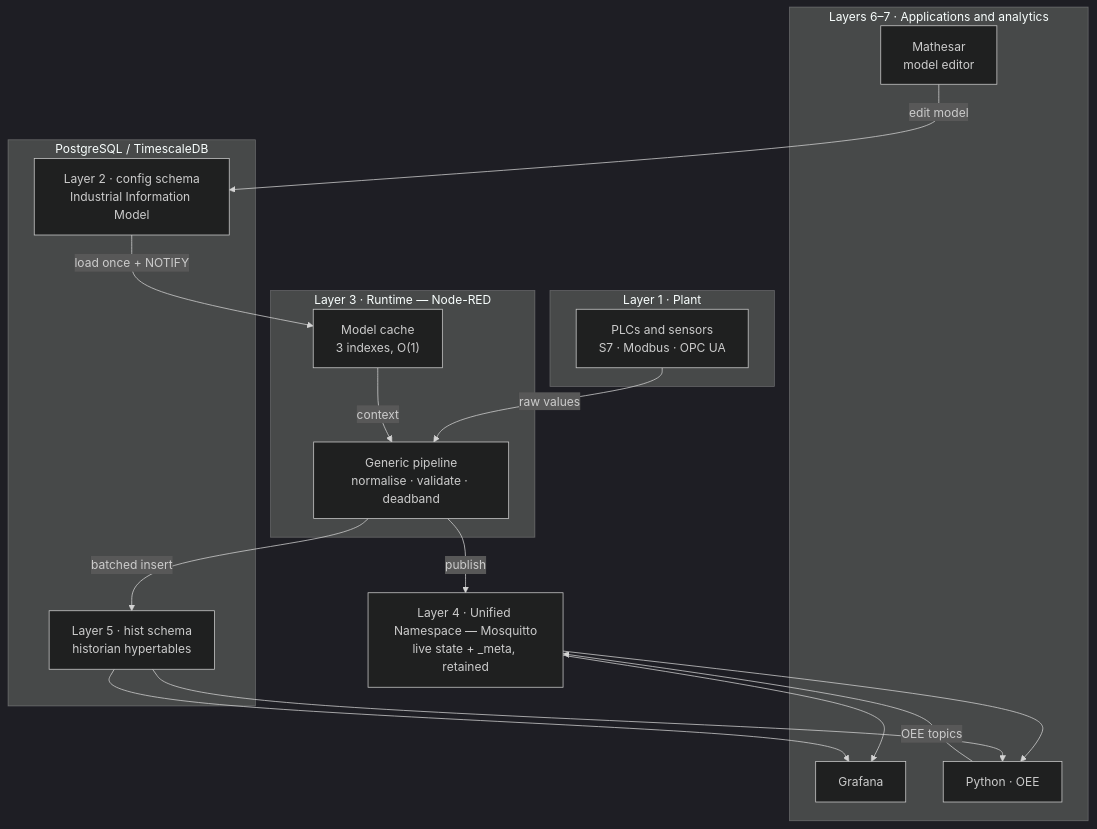
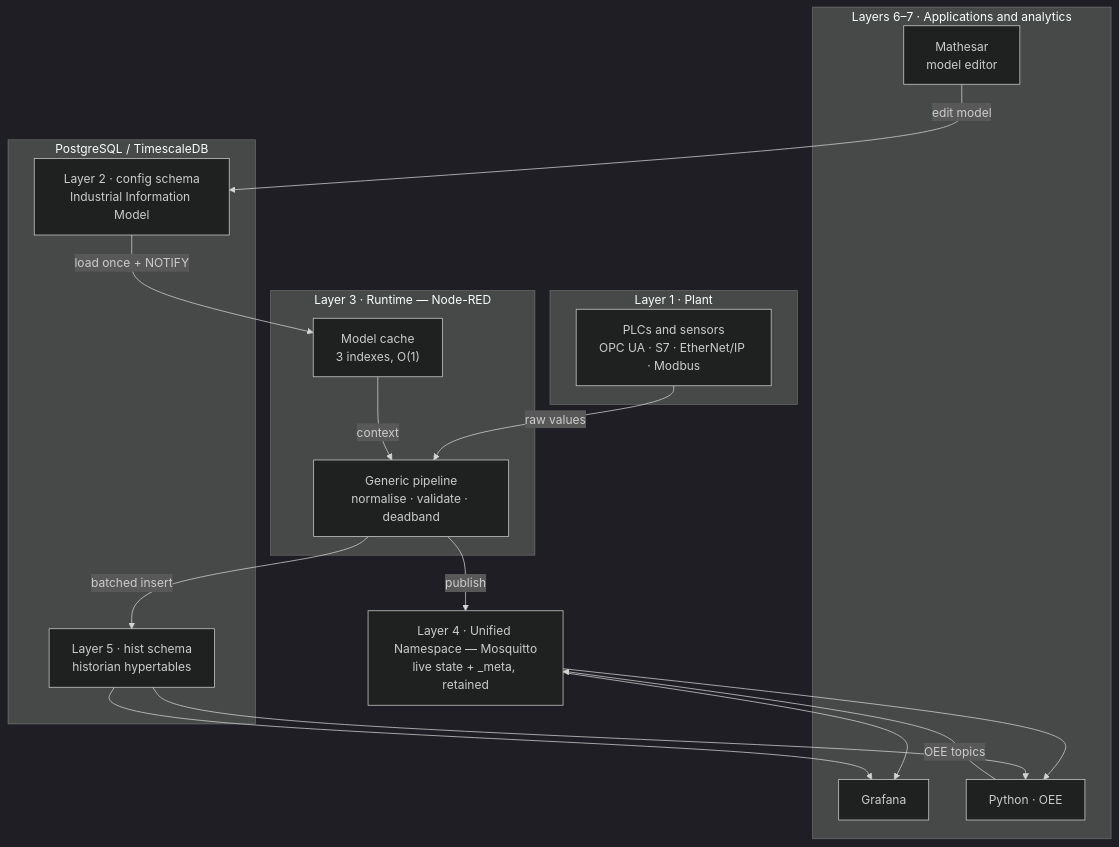
One commit to jarosin69/ofm changed the first of 2 diagrams in docs/architecture-overview.md. Above: the diagram before and after it, drawn with Mermaid (dark theme). The commit also changed other lines of this file and 15 other files, not shown here.

First line of the commit message:
Step 1.7: S7 and EtherNet/IP acquisition, tested on three bench PLCs (ADR-0018)

````diff
--- a/docs/architecture-overview.md
+++ b/docs/architecture-overview.md
@@ -96,31 +96,31 @@
 ```mermaid
 flowchart TB
   subgraph L1["Layer 1 · Plant"]
-    PLC["PLCs and sensors<br/>S7 · Modbus · OPC UA"]
+    PLC["PLCs and sensors<br/>OPC UA · S7 · EtherNet/IP · Modbus"]
   end
   subgraph L3["Layer 3 · Runtime — Node-RED"]
     PIPE["Generic pipeline<br/>normalise · validate · deadband"]
     CACHE["Model cache<br/>3 indexes, O(1)"]
   end
   subgraph PG["PostgreSQL / TimescaleDB"]
     MODEL["Layer 2 · config schema<br/>Industrial Information Model"]
     HIST["Layer 5 · hist schema<br/>historian hypertables"]
   end
   MQTT["Layer 4 · Unified Namespace — Mosquitto<br/>live state + _meta, retained"]
   subgraph APPS["Layers 6–7 · Applications and analytics"]
     GRAF["Grafana"]
     PY["Python · OEE"]
     NOCO["Mathesar<br/>model editor"]
   end
   PLC -->|"raw values"| PIPE
   CACHE -->|"context"| PIPE
   MODEL -->|"load once + NOTIFY"| CACHE
   PIPE -->|"publish"| MQTT
   PIPE -->|"batched insert"| HIST
   MQTT --> GRAF
   MQTT --> PY
   HIST --> GRAF
   HIST --> PY
   NOCO -->|"edit model"| MODEL
   PY -->|"OEE topics"| MQTT
 ```
````
